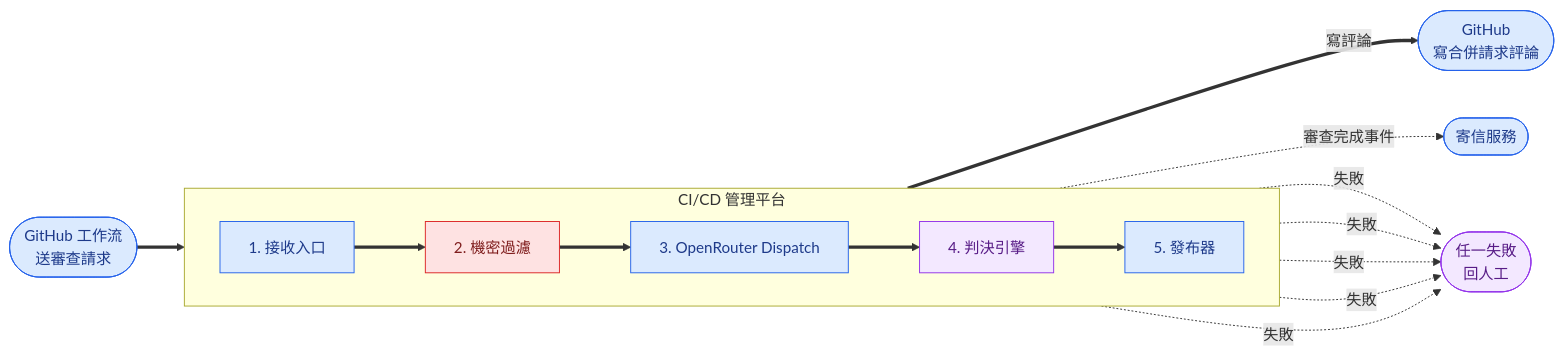
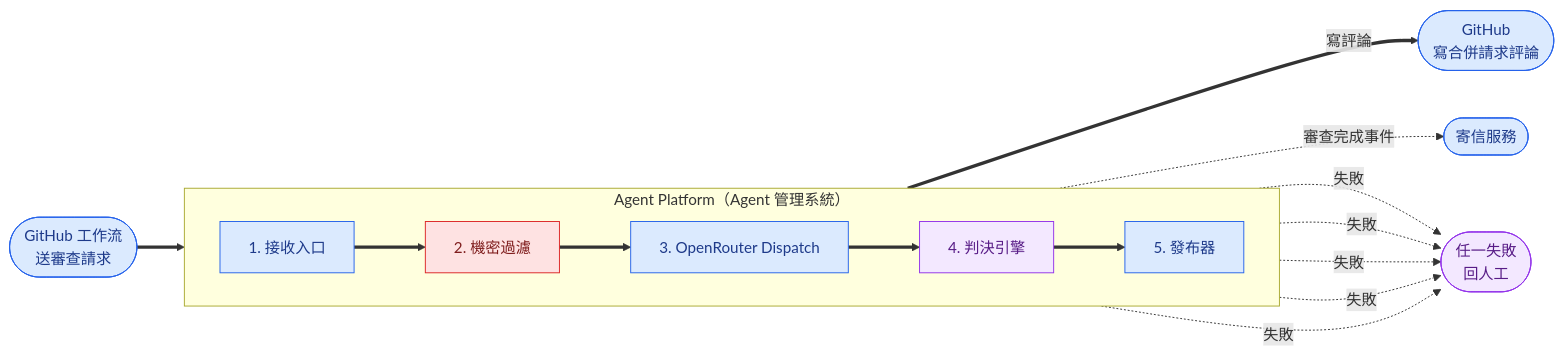
The second of 4 diagrams in Architecture/Auto-CI-CD/workflow-v1.1/workflow-v1.1.md (Jiaye-DF/AI-Spec), drawn with Mermaid before and after one commit. The commit also changed other lines of this file and 3 other files, not shown here.

First line of the commit message:
(AI) Docs: process-design-v1.1 重寫為 step-by-step + Input/Output 焦點版,命名統一 Agent Platform → CI-CD Platform

````diff
--- a/Architecture/Auto-CI-CD/workflow-v1.1/workflow-v1.1.md
+++ b/Architecture/Auto-CI-CD/workflow-v1.1/workflow-v1.1.md
@@ -110,37 +110,37 @@
 ```mermaid
 %%{init: {'flowchart': {'htmlLabels': true, 'curve': 'basis'}} }%%
 flowchart LR
   Ext([GitHub 工作流<br>送審查請求]):::it
 
-  subgraph DSP[CI/CD 管理平台]
+  subgraph DSP[Agent Platform（Agent 管理系統）]
     direction LR
     M1[1. 接收入口]:::it
     M2[2. 機密過濾]:::critical
     M3[3. OpenRouter Dispatch]:::it
     M4[4. 判決引擎]:::shared
     M5[5. 發布器]:::it
   end
 
   GH([GitHub<br>寫合併請求評論]):::it
   Notifier([寄信服務]):::it
   Fail([任一失敗<br>回人工]):::shared
 
   Ext ==> M1
   M1 ==> M2
   M2 ==> M3
   M3 ==> M4
   M4 ==> M5
   M5 ==>|寫評論| GH
   M5 -.->|審查完成事件| Notifier
 
   M1 -.失敗.-> Fail
   M2 -.失敗.-> Fail
   M3 -.失敗.-> Fail
   M4 -.失敗.-> Fail
   M5 -.失敗.-> Fail
 
   classDef user fill:#dcfce7,stroke:#16a34a,color:#14532d
   classDef it fill:#dbeafe,stroke:#2563eb,color:#1e3a8a
   classDef shared fill:#f3e8ff,stroke:#9333ea,color:#581c87
   classDef critical fill:#fee2e2,stroke:#dc2626,color:#7f1d1d
 ```
````
